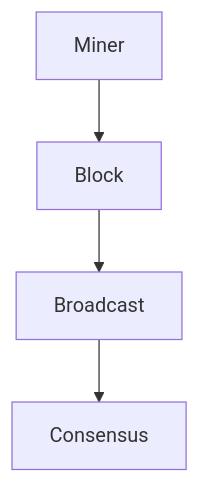
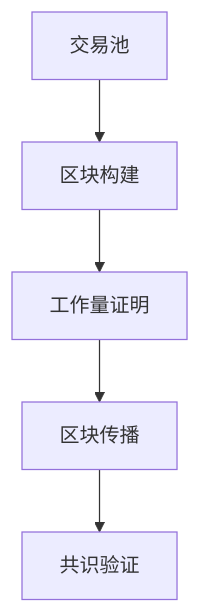
One commit to AdaMartin18010/GraphNetWorkCommunicate changed the diagram in docs/04-分布式系统/03-区块链与共识网络.md. Above: the diagram before and after it, drawn with Mermaid. The commit also changed other lines of this file and 16 other files, not shown here.

````diff
--- a/docs/04-分布式系统/03-区块链与共识网络.md
+++ b/docs/04-分布式系统/03-区块链与共识网络.md
@@ -46,6 +417,7 @@
     ```mermaid
     graph TD;
-      Miner-->Block;
-      Block-->Broadcast;
-      Broadcast-->Consensus;
+      交易池-->区块构建;
+      区块构建-->工作量证明;
+      工作量证明-->区块传播;
+      区块传播-->共识验证;
     ```
````
